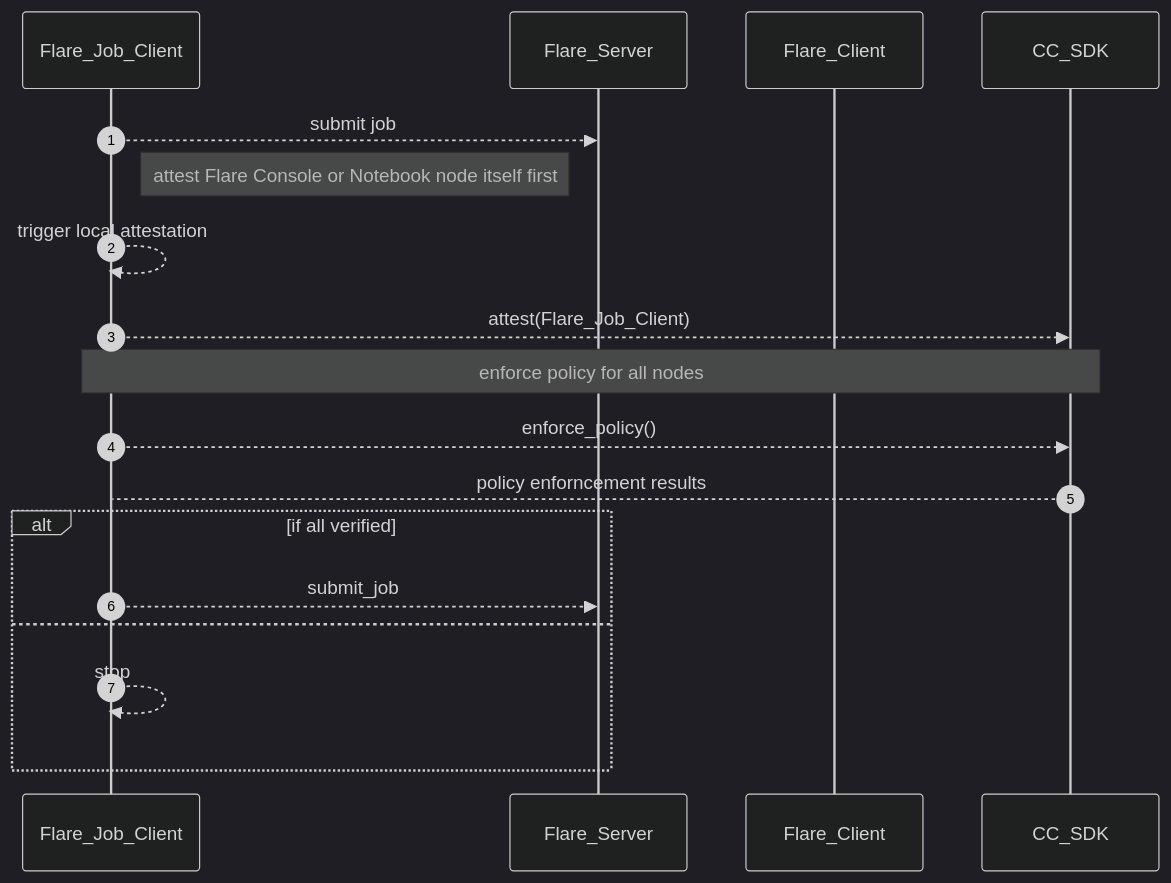
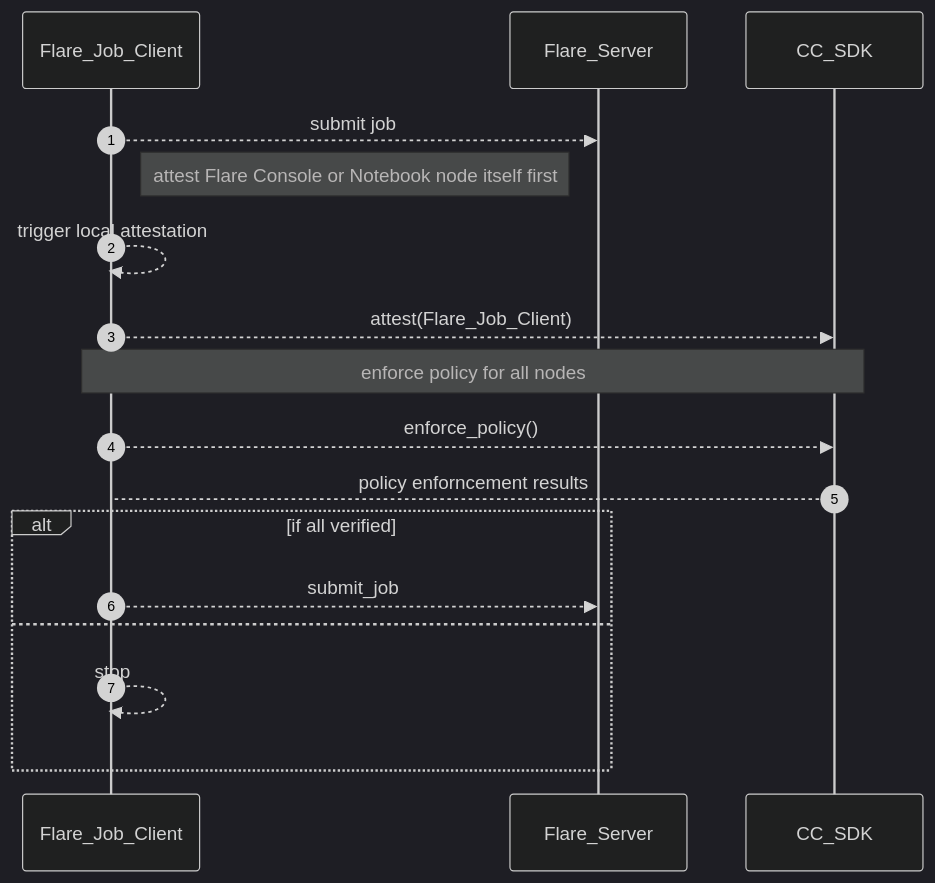
Before and after one commit to hitesh-ag1/NVFlare: diagram 14 of 14 in docs/confidential_computing/detailed_cc_sequence_diagram.md, drawn with Mermaid (dark theme).

Commit message:
Sequence diagram for CC

````diff
--- a/docs/confidential_computing/detailed_cc_sequence_diagram.md
+++ b/docs/confidential_computing/detailed_cc_sequence_diagram.md
@@ -326,26 +326,25 @@
 ```mermaid
 sequenceDiagram
    autonumber
     
     participant Flare_Job_Client
     participant Flare_Server
-    participant Flare_Client
     participant CC_SDK
     
     Flare_Job_Client -->> Flare_Server: submit job
     
     note right of Flare_Job_Client: attest Flare Console or Notebook node itself first
     Flare_Job_Client -->> Flare_Job_Client: trigger local attestation
     Flare_Job_Client -->> CC_SDK: attest(Flare_Job_Client)
     
     note over Flare_Job_Client, CC_SDK: enforce policy for all nodes
     
     Flare_Job_Client -->> CC_SDK: enforce_policy()  
     CC_SDK --> Flare_Job_Client: policy enforncement results
     alt if all verified
         Flare_Job_Client -->> Flare_Server: submit_job
     else
         Flare_Job_Client -->> Flare_Job_Client: stop
     end
    
 ```
````
